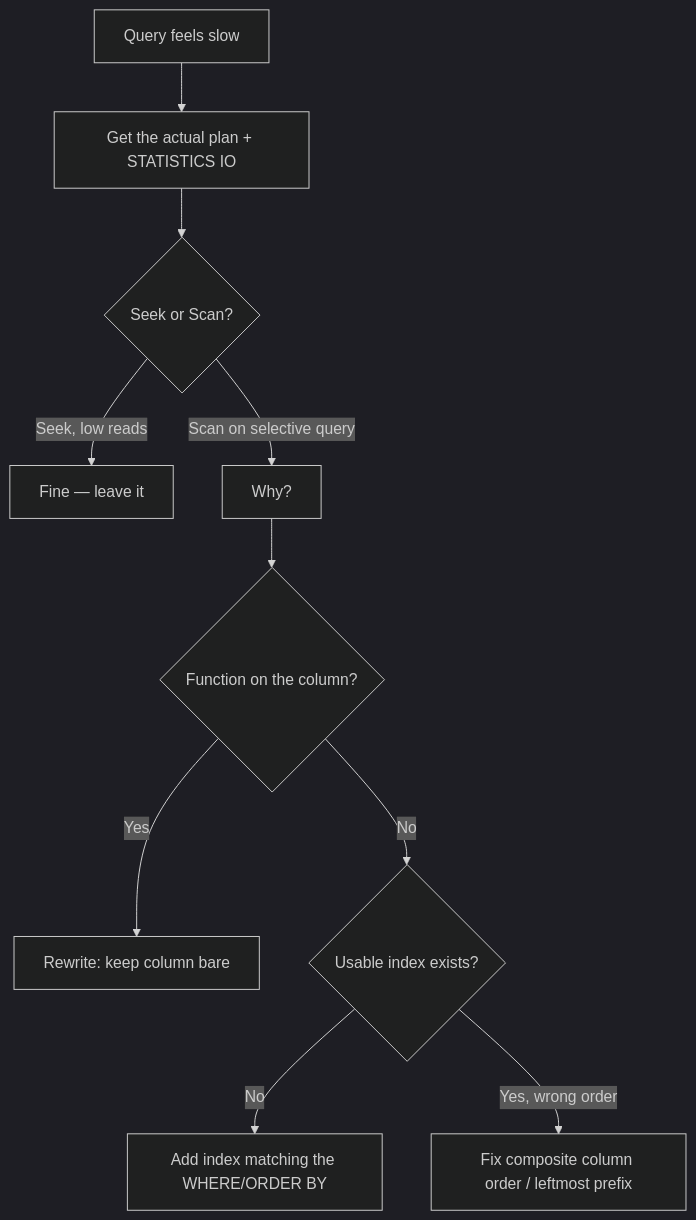
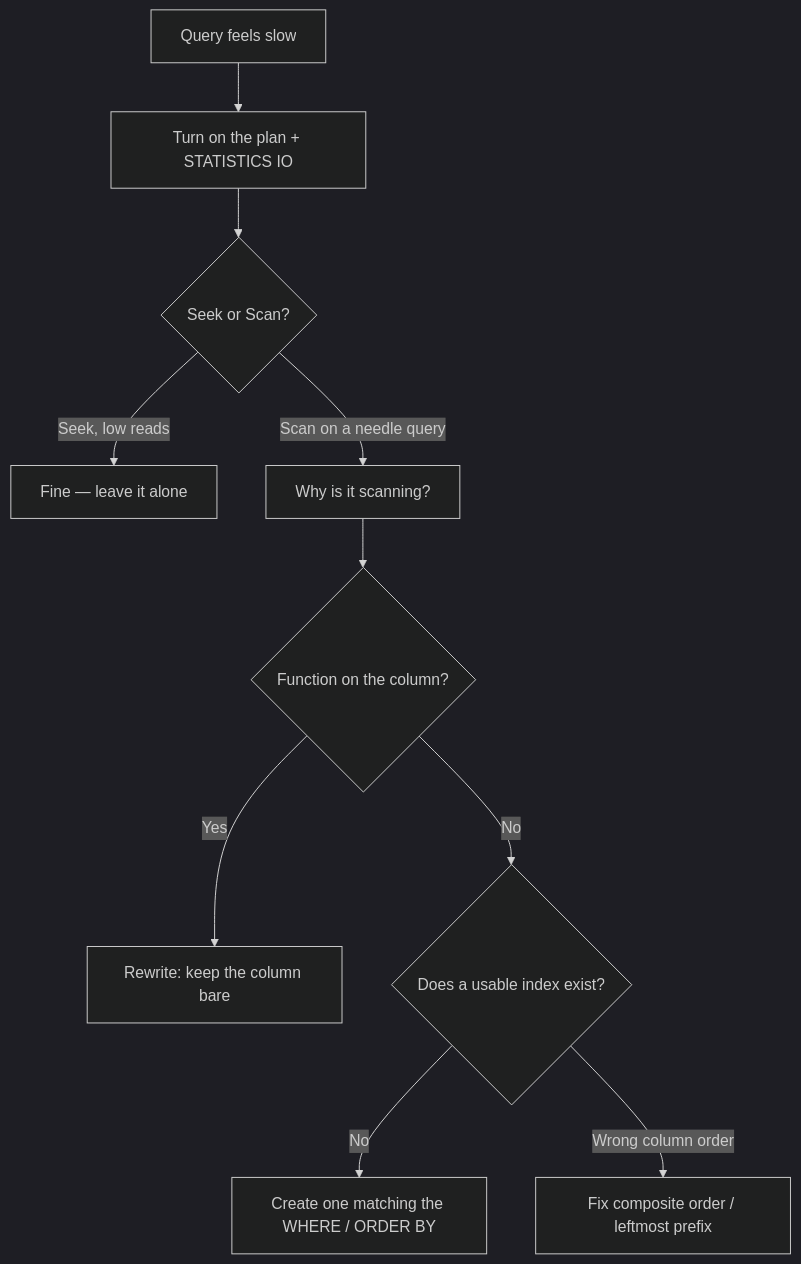
The diagram in src/BackendArchitect/Databases/SQL/QueryPlans/QueryPlans.md (Rajmote/BackendArchitect), drawn with Mermaid (dark theme) before and after one commit. The commit also changed other lines of this file, not shown here.

Commit message:
Update Query Plan

````diff
--- a/src/BackendArchitect/Databases/SQL/QueryPlans/QueryPlans.md
+++ b/src/BackendArchitect/Databases/SQL/QueryPlans/QueryPlans.md
@@ -57,12 +125,12 @@
 ```mermaid
 flowchart TD
-    Q[Query feels slow] --> P[Get the actual plan + STATISTICS IO]
+    Q[Query feels slow] --> P[Turn on the plan + STATISTICS IO]
     P --> D{Seek or Scan?}
-    D -->|Seek, low reads| OK[Fine — leave it]
-    D -->|Scan on selective query| W[Why?]
+    D -->|Seek, low reads| OK[Fine — leave it alone]
+    D -->|Scan on a needle query| W[Why is it scanning?]
     W --> F{Function on the column?}
-    F -->|Yes| R[Rewrite: keep column bare]
-    F -->|No| I{Usable index exists?}
-    I -->|No| C[Add index matching the WHERE/ORDER BY]
-    I -->|Yes, wrong order| O[Fix composite column order / leftmost prefix]
+    F -->|Yes| R[Rewrite: keep the column bare]
+    F -->|No| I{Does a usable index exist?}
+    I -->|No| C[Create one matching the WHERE / ORDER BY]
+    I -->|Wrong column order| O[Fix composite order / leftmost prefix]
 ```
````
